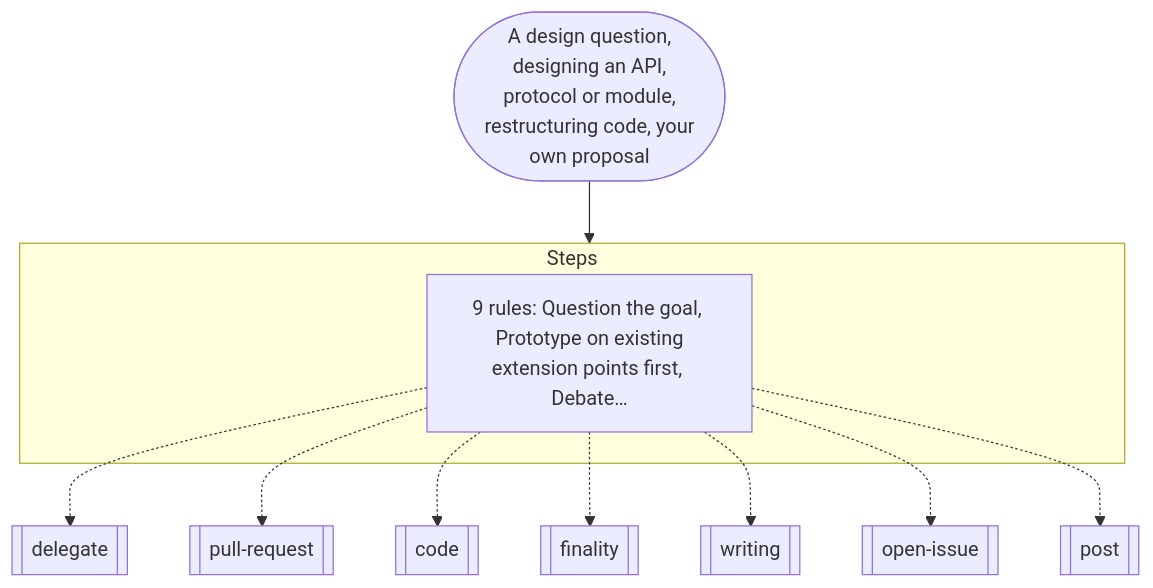
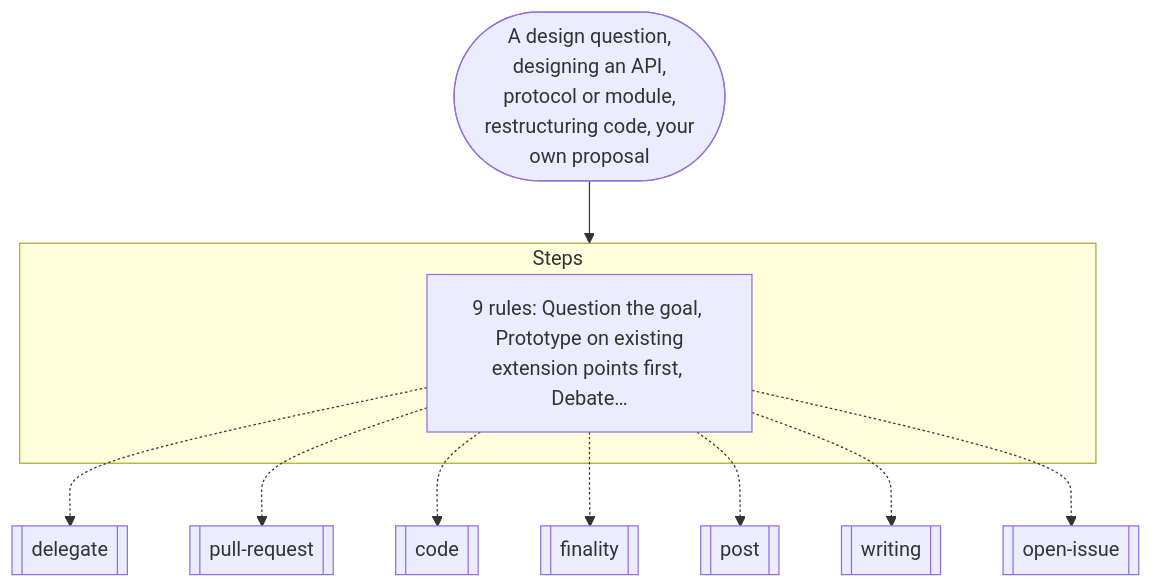
One commit to nitedani/mergeworthy changed the fourth of 19 diagrams in docs/graphs.md. Above: the diagram before and after it, drawn with Mermaid. The commit also changed other lines of this file and 1 other file, not shown here.

Commit message:
A thread's third proposal is its WIP comment, posted through post as --kind proposal as a new comment or the edit post §Thread rules asks for, and later proposals and updates edit it
pre-bash-guard admits it: check_finality wants the fresh map for any
--kind proposal, check_turn refuses only a third new comment of ours in a
row, and an --edit-last edit skips check_turn.

Paid for by shortening step 7's Hook note to what pre-bash-guard's refusal
(hooks/pre-bash-guard.py:502) already says, and by cutting §WIP comment's
"The reply: `writing §Design threads`", since writing:62 holds the reply rule.

Cold-read: /home/owner/.mergeworthy/work/mergeworthy-multimodel/coldread-seats-f1-r2.md

````diff
--- a/docs/graphs.md
+++ b/docs/graphs.md
@@ -116,15 +116,15 @@
 ```mermaid
 flowchart TB
   start(["A design question,<br/>designing an API,<br/>protocol or module,<br/>restructuring code, your<br/>own proposal"])
   subgraph g0["Steps"]
     s0["9 rules: Question the goal, Prototype on existing<br/>extension points first, Debate…"]
   end
   s0 -.-> r1[["delegate"]]
   s0 -.-> r2[["pull-request"]]
   s0 -.-> r3[["code"]]
   s0 -.-> r4[["finality"]]
-  s0 -.-> r5[["writing"]]
-  s0 -.-> r6[["open-issue"]]
-  s0 -.-> r7[["post"]]
+  s0 -.-> r5[["post"]]
+  s0 -.-> r6[["writing"]]
+  s0 -.-> r7[["open-issue"]]
   start --> g0
 ```
````
